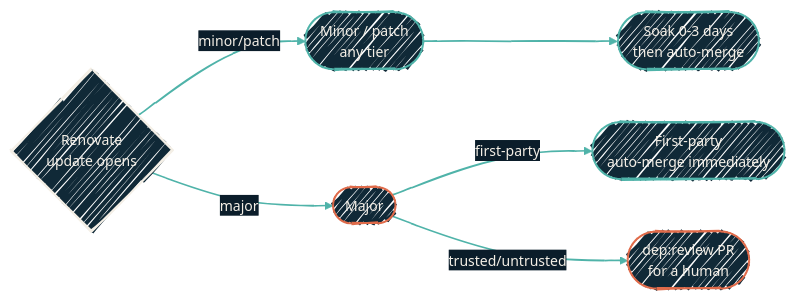
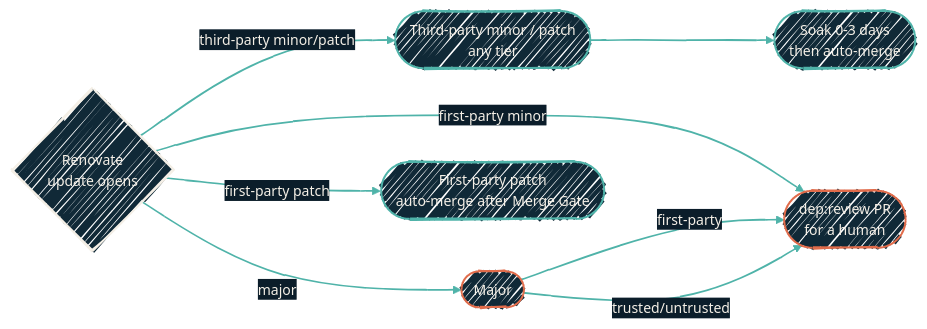
Before and after one commit to dryvist/docs: the diagram in infrastructure/cicd/dependency-automation.mdx, drawn with Mermaid. The commit also changed other lines of this file and 22 other files, not shown here.

````diff
--- a/infrastructure/cicd/dependency-automation.mdx
+++ b/infrastructure/cicd/dependency-automation.mdx
@@ -15,26 +16,28 @@
 ```mermaid
 %%{init:
   {'theme':'base','look':'handDrawn','themeVariables':{'fontFamily':'Geist','fontSize':'14px','primaryColor':'#102937','primaryTextColor':'#F4EFE6','primaryBorderColor':'#4FB3A9','lineColor':'#4FB3A9','secondaryColor':'#0B1D2A','tertiaryColor':'#1A2A38','clusterBkg':'rgba(79,179,169,0.08)','clusterBorder':'#4FB3A9'}}}%%
 flowchart LR
   Update{Renovate<br/>update opens}
-  MinorPatch([Minor / patch<br/>any tier])
+  MinorPatch([Third-party minor / patch<br/>any tier])
   Major([Major])
   Auto([Soak 0-3 days<br/>then auto-merge])
-  FirstParty([First-party<br/>auto-merge immediately])
+  FirstParty([First-party patch<br/>auto-merge after Merge Gate])
   Review([dep:review PR<br/>for a human])
 
-  Update -->|minor/patch| MinorPatch --> Auto
+  Update -->|third-party minor/patch| MinorPatch --> Auto
+  Update -->|first-party patch| FirstParty
+  Update -->|first-party minor| Review
   Update -->|major| Major
-  Major -->|first-party| FirstParty
+  Major -->|first-party| Review
   Major -->|trusted/untrusted| Review
 
   classDef gate fill:#102937,stroke:#F4EFE6,stroke-width:2px,color:#F4EFE6;
   classDef auto fill:#102937,stroke:#4FB3A9,stroke-width:2px,color:#F4EFE6;
   classDef human fill:#102937,stroke:#E06B4A,stroke-width:2px,color:#F4EFE6;
 
   class Update gate
   class MinorPatch,Auto,FirstParty auto
   class Major,Review human
 
   linkStyle default stroke:#4FB3A9,stroke-width:1.5px;
 ```
````
